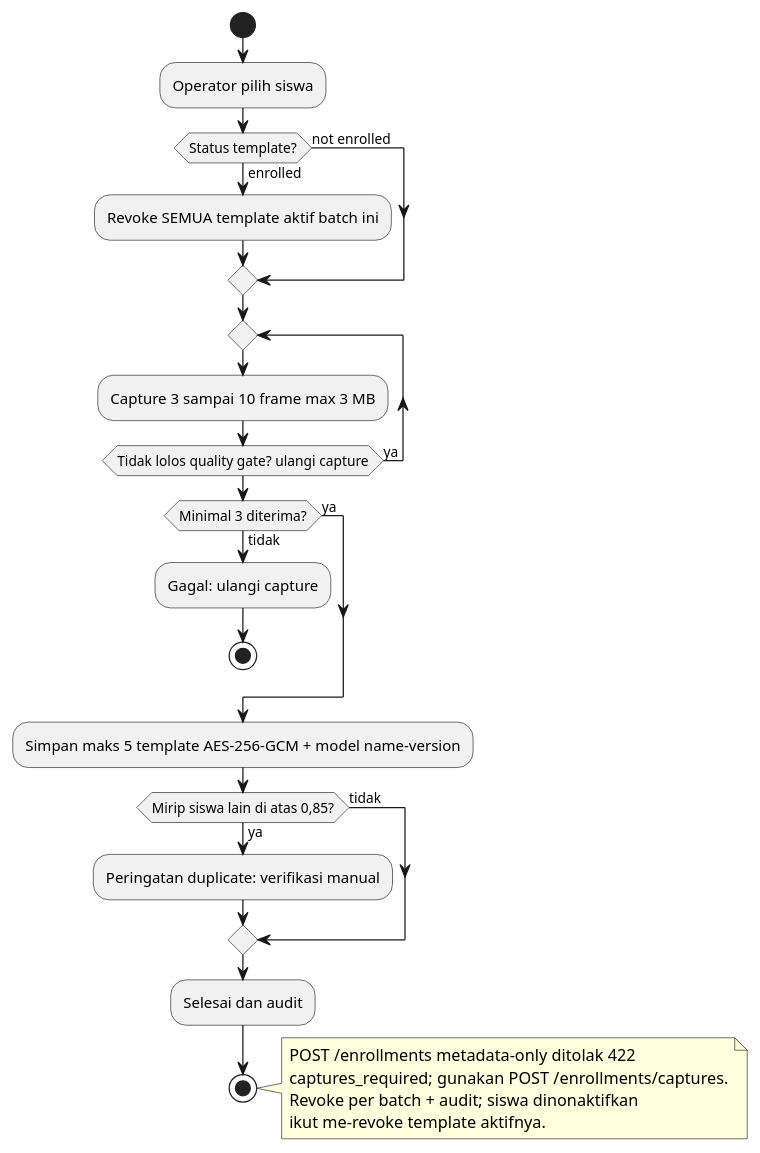
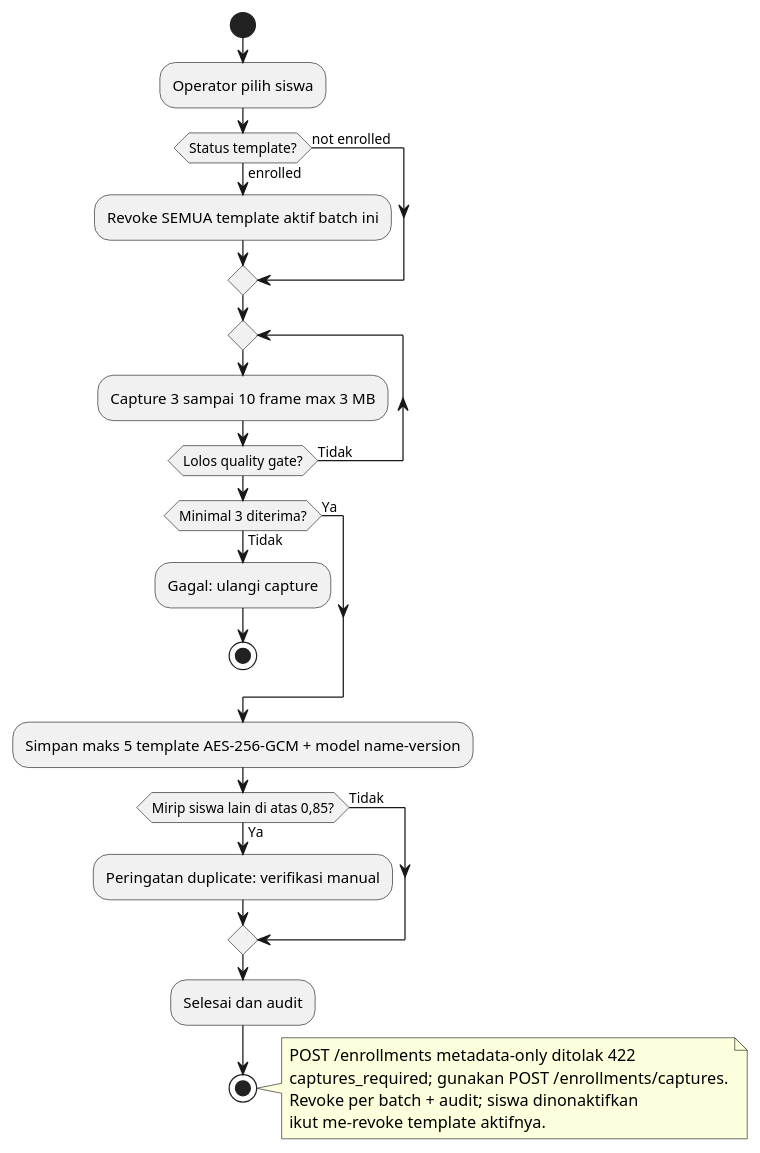
One commit to mygads/Face-Recognition-Capstone changed the diagram in docs/diagrams/plantuml/act-f03-enrollment.puml. Above: the diagram before and after it, drawn with PlantUML. The commit also changed 58 other files, not shown here.

First line of the commit message:
Refactor activity diagrams and update flow descriptions

```diff
--- a/docs/diagrams/plantuml/act-f03-enrollment.puml
+++ b/docs/diagrams/plantuml/act-f03-enrollment.puml
@@ -1,31 +1,31 @@
 @startuml
 ' Activity F-03 Enrollment wajah — docs/proposal/05-activity.md §5.3
 start
 :Operator pilih siswa;
 if (Status template?) then (enrolled)
   :Revoke SEMUA template aktif batch ini;
 else (not enrolled)
 endif
 repeat
   :Capture 3 sampai 10 frame max 3 MB;
-repeat while (Tidak lolos quality gate? ulangi capture) is (ya)
-if (Minimal 3 diterima?) then (tidak)
+repeat while (Lolos quality gate?) is (Tidak)
+if (Minimal 3 diterima?) then (Tidak)
   :Gagal: ulangi capture;
   stop
-else (ya)
+else (Ya)
 endif
 :Simpan maks 5 template AES-256-GCM + model name-version;
-if (Mirip siswa lain di atas 0,85?) then (ya)
+if (Mirip siswa lain di atas 0,85?) then (Ya)
   :Peringatan duplicate: verifikasi manual;
-else (tidak)
+else (Tidak)
 endif
 :Selesai dan audit;
 stop
 
 note right
   POST /enrollments metadata-only ditolak 422
   captures_required; gunakan POST /enrollments/captures.
   Revoke per batch + audit; siswa dinonaktifkan
   ikut me-revoke template aktifnya.
 end note
 @enduml
```
